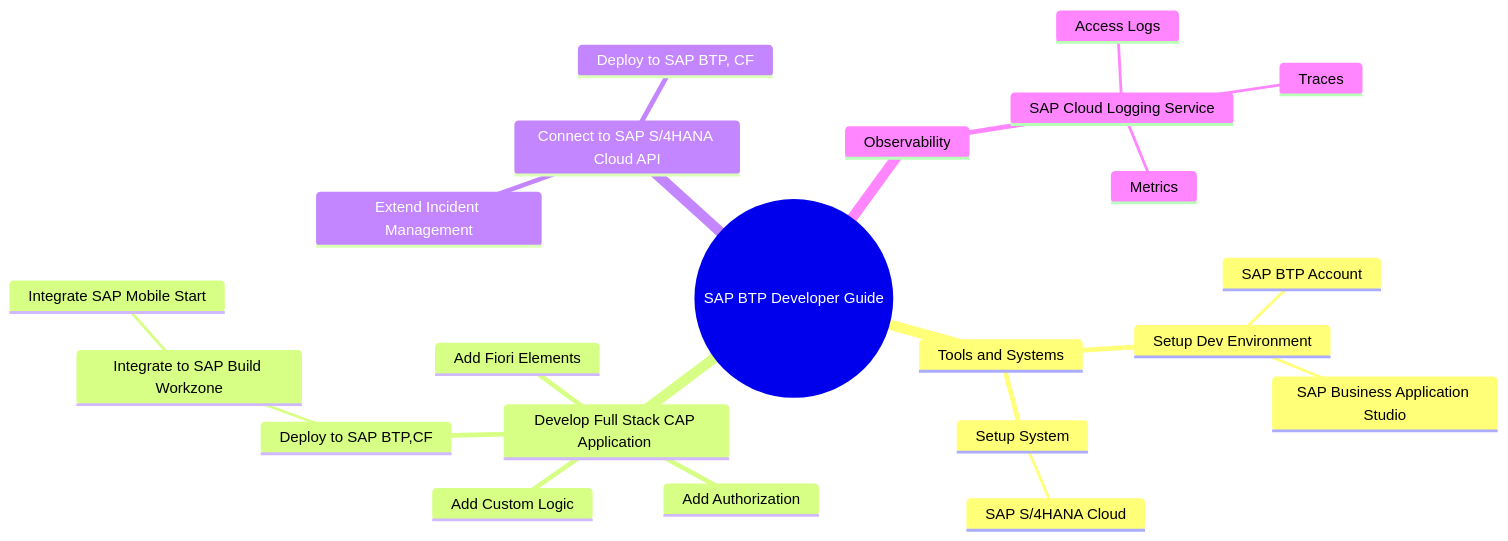
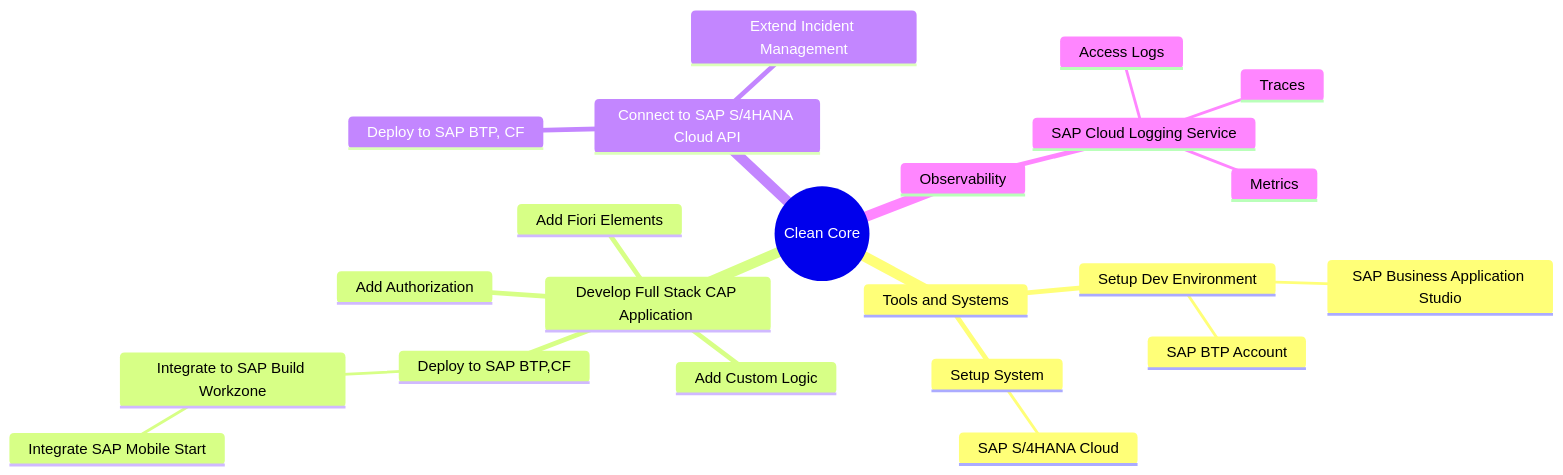
Before and after one commit to SAP-samples/btp-end-to-end-scenario-use-cases: the first of 4 diagrams in topic3/README.md, drawn with Mermaid.

````diff
--- a/topic3/README.md
+++ b/topic3/README.md
@@ -9,25 +9,25 @@
 ```mermaid
    mindmap
-  root((SAP BTP Developer Guide))
+  root((Clean Core))
     Tools and Systems
       Setup Dev Environment
         SAP BTP Account
         SAP Business Application Studio
       Setup System   
         SAP S/4HANA Cloud
     Develop Full Stack CAP Application 
       Add Custom Logic
       Add Fiori Elements
       Add Authorization
       Deploy to SAP BTP,CF
         Integrate to SAP Build Workzone
           Integrate SAP Mobile Start
     Connect to SAP S/4HANA Cloud API
       Extend Incident Management
       Deploy to SAP BTP, CF
     Observability
       SAP Cloud Logging Service
         Access Logs
         Metrics
         Traces
 ```
````
